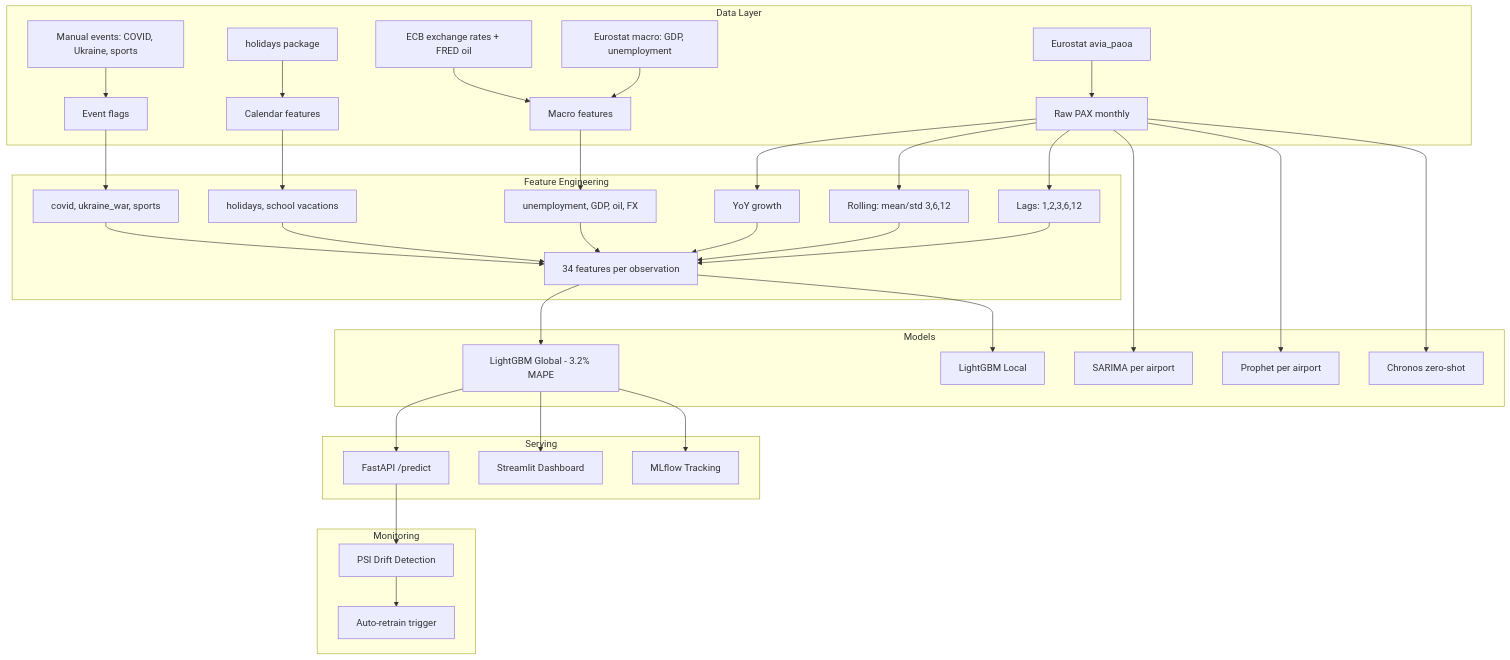
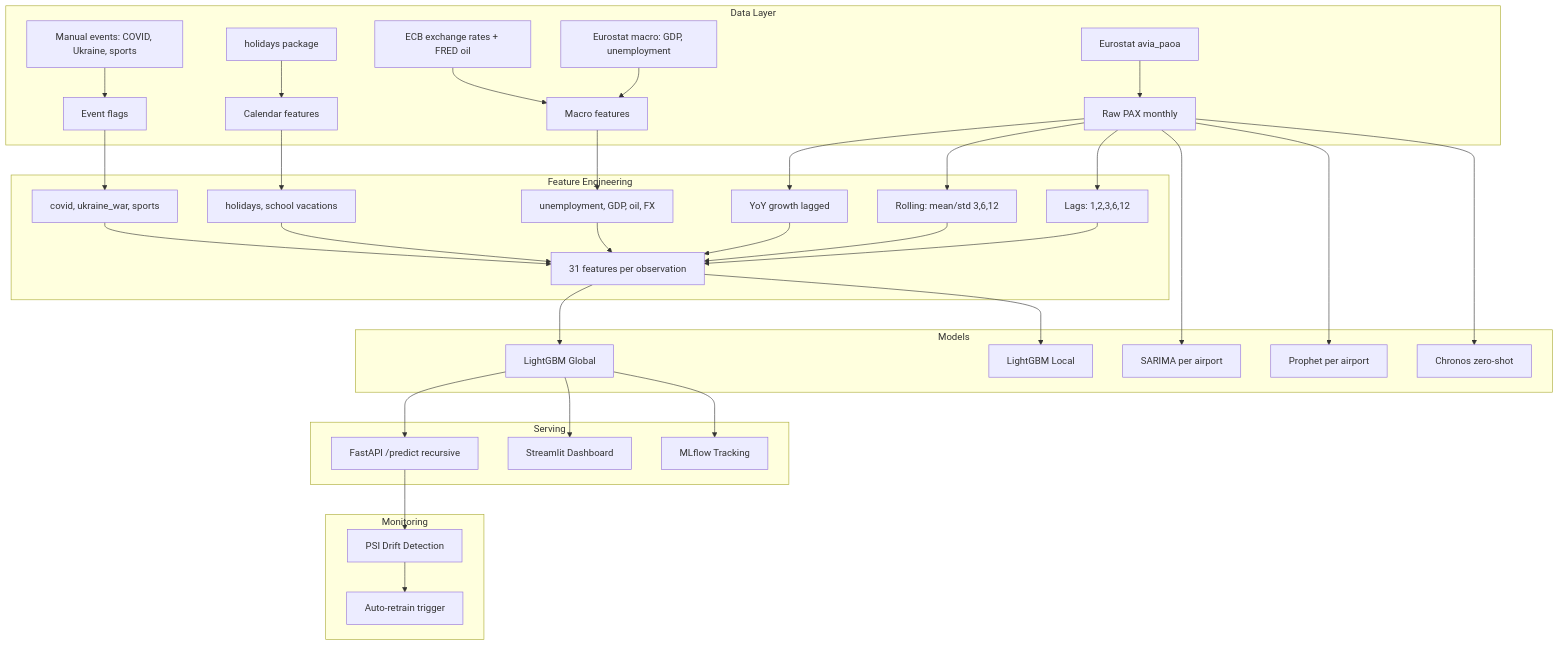
Before and after one commit to Airohh/airport-forecasting: the diagram in README.md, drawn with Mermaid. The commit also changed other lines of this file and 10 other files, not shown here.

````diff
--- a/README.md
+++ b/README.md
@@ -7,39 +7,39 @@
 ```mermaid
 graph TD
     subgraph Data Layer
         A[Eurostat avia_paoa] --> D[Raw PAX monthly]
         B[Eurostat macro: GDP, unemployment] --> E[Macro features]
         C[ECB exchange rates + FRED oil] --> E
         F[holidays package] --> G[Calendar features]
         H[Manual events: COVID, Ukraine, sports] --> I[Event flags]
     end
 
     subgraph Feature Engineering
         D --> J[Lags: 1,2,3,6,12]
         D --> K[Rolling: mean/std 3,6,12]
-        D --> L[YoY growth]
+        D --> L[YoY growth lagged]
         E --> M[unemployment, GDP, oil, FX]
         G --> N[holidays, school vacations]
         I --> O[covid, ukraine_war, sports]
-        J & K & L & M & N & O --> P[34 features per observation]
+        J & K & L & M & N & O --> P[31 features per observation]
     end
 
     subgraph Models
-        P --> Q[LightGBM Global - 3.2% MAPE]
+        P --> Q[LightGBM Global]
         P --> R[LightGBM Local]
         D --> S[SARIMA per airport]
         D --> T[Prophet per airport]
         D --> U[Chronos zero-shot]
     end
 
     subgraph Serving
-        Q --> V[FastAPI /predict]
+        Q --> V[FastAPI /predict recursive]
         Q --> W[Streamlit Dashboard]
         Q --> X[MLflow Tracking]
     end
 
     subgraph Monitoring
         V --> Y[PSI Drift Detection]
         Y --> Z[Auto-retrain trigger]
     end
 ```
````
